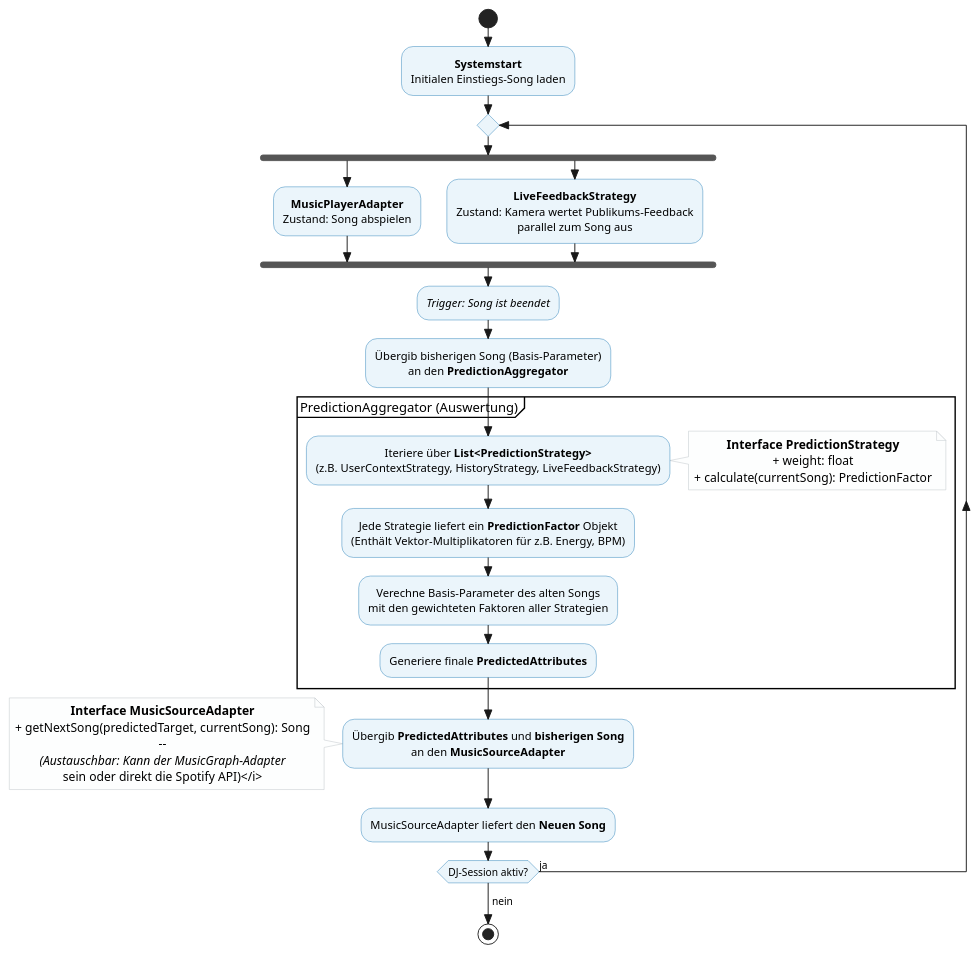
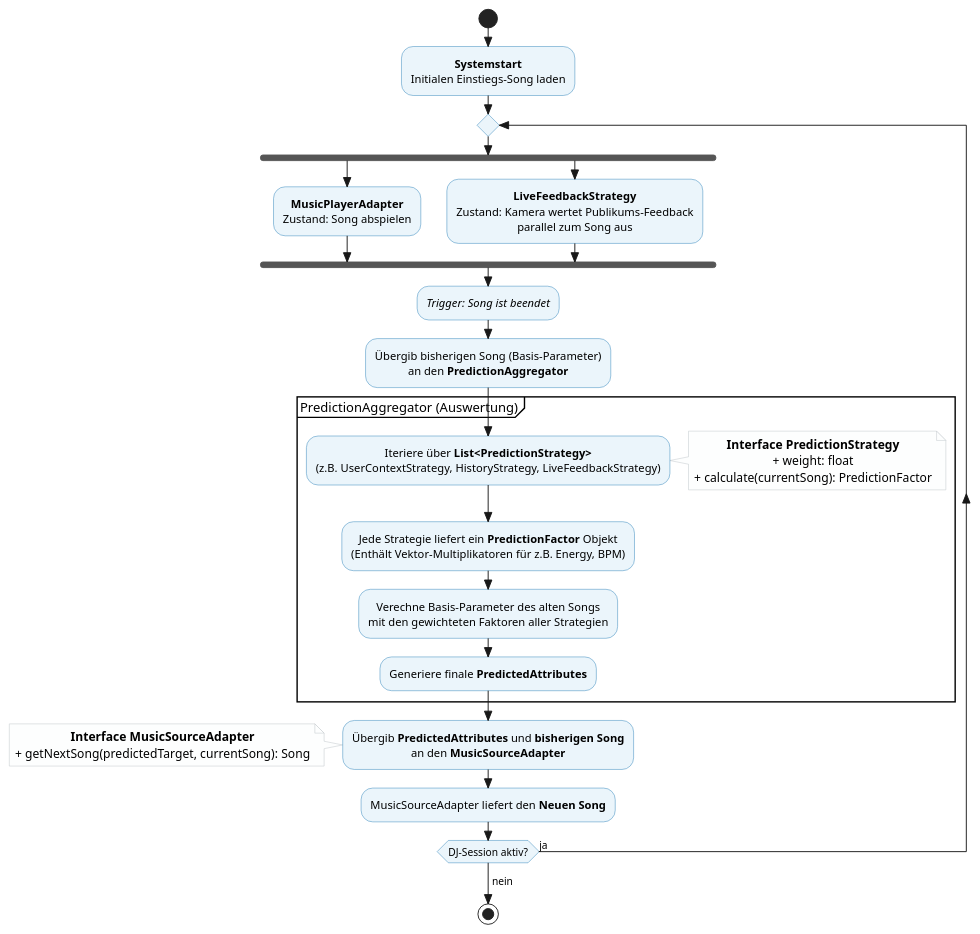
The diagram in aktivitätsdiagramm.puml (MH-Oliver/LuminaDJ), drawn with PlantUML before and after one commit. The commit also changed 1 other file, not shown here.

Commit message:
doku | Diagramme aktualisiert

```diff
--- a/aktivitätsdiagramm.puml
+++ b/aktivitätsdiagramm.puml
@@ -1,69 +1,66 @@
 @startuml
 skinparam style strictuml
 skinparam defaultTextAlignment center
 skinparam ActivityBackgroundColor #EBF5FB
 skinparam ActivityBorderColor #2980B9
 skinparam NoteBackgroundColor #FDFEFE
 skinparam NoteBorderColor #BDC3C7
 
 start
 
 :<b>Systemstart</b>
 Initialen Einstiegs-Song laden;
 
 repeat
   ' --- ZUSTAND: ABSPIELEN & BEOBACHTEN ---
   fork
     :<b>MusicPlayerAdapter</b>
     Zustand: Song abspielen;
   fork again
     :<b>LiveFeedbackStrategy</b>
     Zustand: Kamera wertet Publikums-Feedback
     parallel zum Song aus;
   end fork
 
   ' --- TRIGGER: ENDE ---
   :<i>Trigger: Song ist beendet</i>;
 
   ' --- AUSWERTUNG ---
   :Übergib bisherigen Song (Basis-Parameter)
   an den <b>PredictionAggregator</b>;
 
   partition "PredictionAggregator (Auswertung)" {
     :Iteriere über <b>List<PredictionStrategy></b>
     (z.B. UserContextStrategy, HistoryStrategy, LiveFeedbackStrategy);
 
     note right
       <b>Interface PredictionStrategy</b>
       + weight: float
       + calculate(currentSong): PredictionFactor
     end note
 
     :Jede Strategie liefert ein <b>PredictionFactor</b> Objekt
     (Enthält Vektor-Multiplikatoren für z.B. Energy, BPM);
 
     :Verechne Basis-Parameter des alten Songs
     mit den gewichteten Faktoren aller Strategien;
 
     :Generiere finale <b>PredictedAttributes</b>;
   }
 
   ' --- NÄCHSTER SONG FINDEN ---
   :Übergib <b>PredictedAttributes</b> und <b>bisherigen Song</b>
   an den <b>MusicSourceAdapter</b>;
 
   note left
     <b>Interface MusicSourceAdapter</b>
     + getNextSong(predictedTarget, currentSong): Song
-    --
-    <i>(Austauschbar: Kann der MusicGraph-Adapter
-    sein oder direkt die Spotify API)</i>
   end note
 
   :MusicSourceAdapter liefert den <b>Neuen Song</b>;
 
 repeat while (DJ-Session aktiv?) is (ja)
 -> nein;
 
 stop
 @enduml
```
